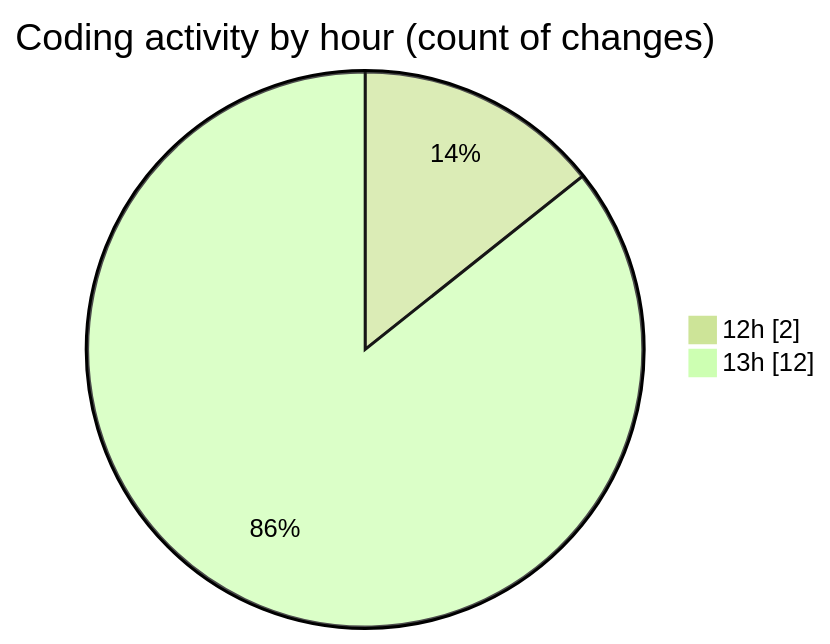
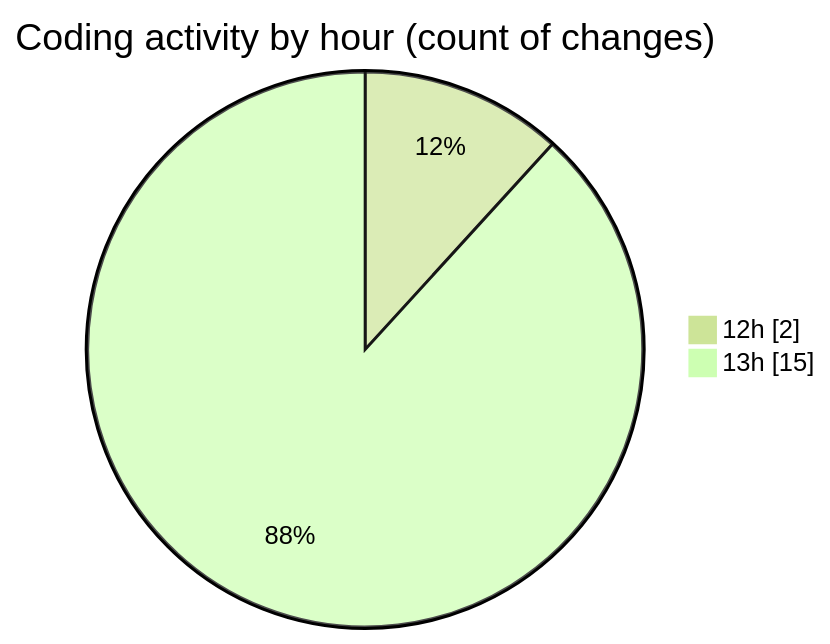
One commit to idhammustaqopulfikri/code-tracking changed the second of 2 diagrams in 2025-11-13/futsal-recommender/README.md. Above: the diagram before and after it, drawn with Mermaid (forest theme). The commit also changed other lines of this file and 1 other file, not shown here.

````diff
--- a/2025-11-13/futsal-recommender/README.md
+++ b/2025-11-13/futsal-recommender/README.md
@@ -34,6 +34,6 @@
 ```mermaid
 pie showData
 title Coding activity by hour (count of changes)
 "12h" : 2
-"13h" : 12
+"13h" : 15
 ```
````
